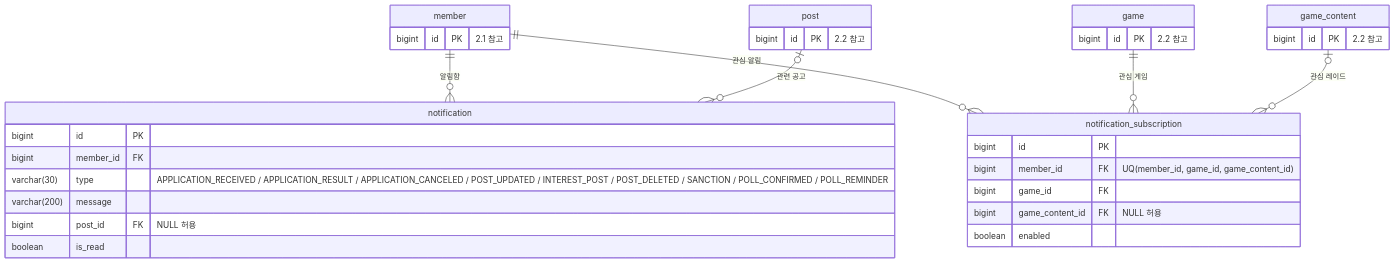
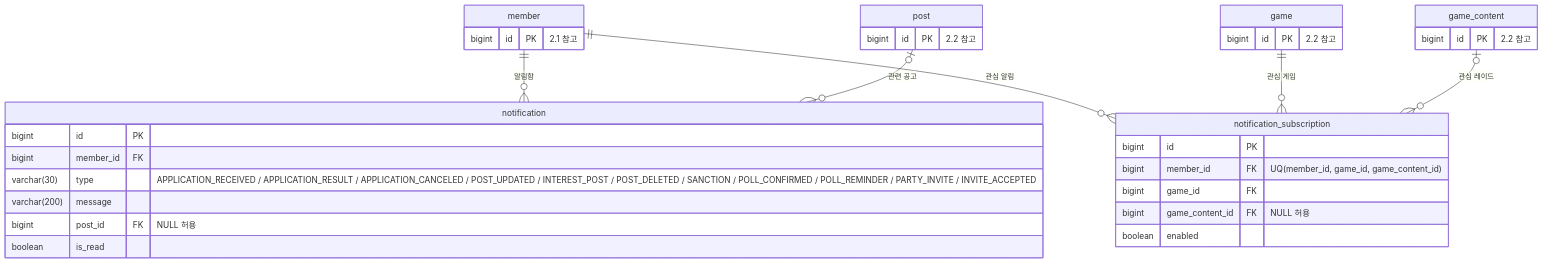
The sixth of 7 diagrams in docs/04-erd.md (likelion-backendschool-11st/basic-project-2team), drawn with Mermaid before and after one commit. The commit also changed 39 other files, not shown here.

````diff
--- a/docs/04-erd.md
+++ b/docs/04-erd.md
@@ -418,41 +418,41 @@
 ```mermaid
 erDiagram
     member ||--o{ notification : "알림함"
     post |o--o{ notification : "관련 공고"
     member ||--o{ notification_subscription : "관심 알림"
     game ||--o{ notification_subscription : "관심 게임"
     game_content |o--o{ notification_subscription : "관심 레이드"
 
     notification {
         bigint id PK
         bigint member_id FK
-        varchar(30) type "APPLICATION_RECEIVED / APPLICATION_RESULT / APPLICATION_CANCELED / POST_UPDATED / INTEREST_POST / POST_DELETED / SANCTION / POLL_CONFIRMED / POLL_REMINDER"
+        varchar(30) type "APPLICATION_RECEIVED / APPLICATION_RESULT / APPLICATION_CANCELED / POST_UPDATED / INTEREST_POST / POST_DELETED / SANCTION / POLL_CONFIRMED / POLL_REMINDER / PARTY_INVITE / INVITE_ACCEPTED"
         varchar(200) message
         bigint post_id FK "NULL 허용"
         boolean is_read
     }
 
     notification_subscription {
         bigint id PK
         bigint member_id FK "UQ(member_id, game_id, game_content_id)"
         bigint game_id FK
         bigint game_content_id FK "NULL 허용"
         boolean enabled
     }
 
     member {
         bigint id PK "2.1 참고"
     }
 
     post {
         bigint id PK "2.2 참고"
     }
 
     game {
         bigint id PK "2.2 참고"
     }
 
     game_content {
         bigint id PK "2.2 참고"
     }
 ```
````
